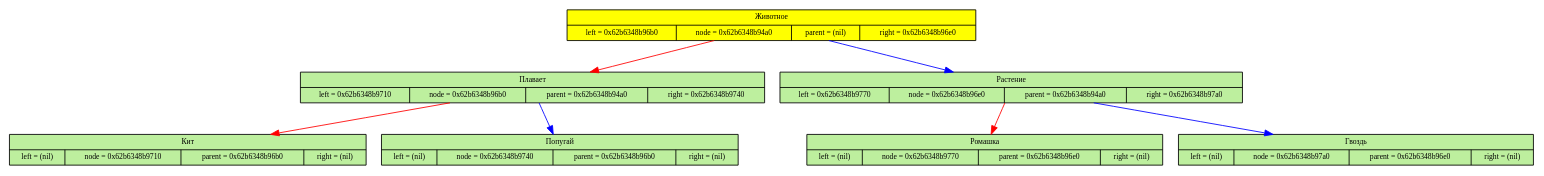
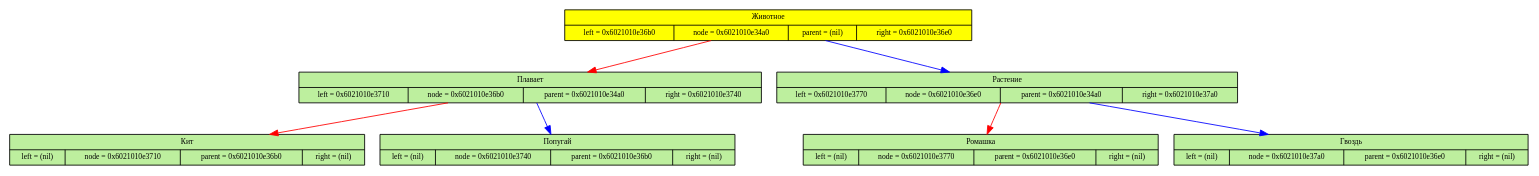
One commit to Alexandr26Starostin/okinator changed the diagram in okinator.dot. Above: the diagram before and after it, drawn with Graphviz. The commit also changed 5 other files, not shown here.

```diff
--- a/okinator.dot
+++ b/okinator.dot
@@ -1,37 +1,37 @@
 digraph
 {
 	node[fontsize=9]
 
-	node_0x62b6348b94a0 [shape=record, label = "{Животное| {left = 0x62b6348b96b0 | node = 0x62b6348b94a0 | parent = (nil) | right = 0x62b6348b96e0}}" style="filled",fillcolor="yellow"]
+	node_0x6021010e34a0 [shape=record, label = "{Животное| {left = 0x6021010e36b0 | node = 0x6021010e34a0 | parent = (nil) | right = 0x6021010e36e0}}" style="filled",fillcolor="yellow"]
 
-	node_0x62b6348b96b0 [shape=record, label = "{Плавает| {left = 0x62b6348b9710 | node = 0x62b6348b96b0 | parent = 0x62b6348b94a0 | right = 0x62b6348b9740}}" style="filled",fillcolor="#BDEF9E"]
+	node_0x6021010e36b0 [shape=record, label = "{Плавает| {left = 0x6021010e3710 | node = 0x6021010e36b0 | parent = 0x6021010e34a0 | right = 0x6021010e3740}}" style="filled",fillcolor="#BDEF9E"]
 
 	edge[color="red",fontsize=12]
-	node_0x62b6348b94a0 -> node_0x62b6348b96b0
+	node_0x6021010e34a0 -> node_0x6021010e36b0
 
-	node_0x62b6348b9710 [shape=record, label = "{Кит| {left = (nil) | node = 0x62b6348b9710 | parent = 0x62b6348b96b0 | right = (nil)}}" style="filled",fillcolor="#BDEF9E"]
+	node_0x6021010e3710 [shape=record, label = "{Кит| {left = (nil) | node = 0x6021010e3710 | parent = 0x6021010e36b0 | right = (nil)}}" style="filled",fillcolor="#BDEF9E"]
 
 	edge[color="red",fontsize=12]
-	node_0x62b6348b96b0 -> node_0x62b6348b9710
+	node_0x6021010e36b0 -> node_0x6021010e3710
 
-	node_0x62b6348b9740 [shape=record, label = "{Попугай| {left = (nil) | node = 0x62b6348b9740 | parent = 0x62b6348b96b0 | right = (nil)}}" style="filled",fillcolor="#BDEF9E"]
+	node_0x6021010e3740 [shape=record, label = "{Попугай| {left = (nil) | node = 0x6021010e3740 | parent = 0x6021010e36b0 | right = (nil)}}" style="filled",fillcolor="#BDEF9E"]
 
 	edge[color="blue",fontsize=12]
-	node_0x62b6348b96b0 -> node_0x62b6348b9740
+	node_0x6021010e36b0 -> node_0x6021010e3740
 
-	node_0x62b6348b96e0 [shape=record, label = "{Растение| {left = 0x62b6348b9770 | node = 0x62b6348b96e0 | parent = 0x62b6348b94a0 | right = 0x62b6348b97a0}}" style="filled",fillcolor="#BDEF9E"]
+	node_0x6021010e36e0 [shape=record, label = "{Растение| {left = 0x6021010e3770 | node = 0x6021010e36e0 | parent = 0x6021010e34a0 | right = 0x6021010e37a0}}" style="filled",fillcolor="#BDEF9E"]
 
 	edge[color="blue",fontsize=12]
-	node_0x62b6348b94a0 -> node_0x62b6348b96e0
+	node_0x6021010e34a0 -> node_0x6021010e36e0
 
-	node_0x62b6348b9770 [shape=record, label = "{Ромашка| {left = (nil) | node = 0x62b6348b9770 | parent = 0x62b6348b96e0 | right = (nil)}}" style="filled",fillcolor="#BDEF9E"]
+	node_0x6021010e3770 [shape=record, label = "{Ромашка| {left = (nil) | node = 0x6021010e3770 | parent = 0x6021010e36e0 | right = (nil)}}" style="filled",fillcolor="#BDEF9E"]
 
 	edge[color="red",fontsize=12]
-	node_0x62b6348b96e0 -> node_0x62b6348b9770
+	node_0x6021010e36e0 -> node_0x6021010e3770
 
-	node_0x62b6348b97a0 [shape=record, label = "{Гвоздь| {left = (nil) | node = 0x62b6348b97a0 | parent = 0x62b6348b96e0 | right = (nil)}}" style="filled",fillcolor="#BDEF9E"]
+	node_0x6021010e37a0 [shape=record, label = "{Гвоздь| {left = (nil) | node = 0x6021010e37a0 | parent = 0x6021010e36e0 | right = (nil)}}" style="filled",fillcolor="#BDEF9E"]
 
 	edge[color="blue",fontsize=12]
-	node_0x62b6348b96e0 -> node_0x62b6348b97a0
+	node_0x6021010e36e0 -> node_0x6021010e37a0
 
 	}
```
